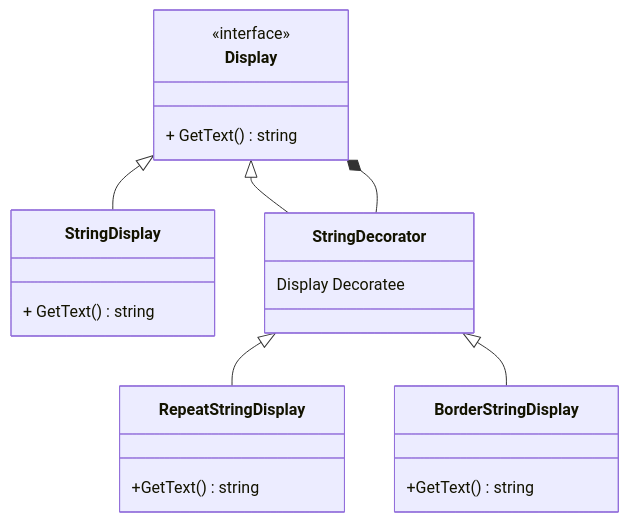
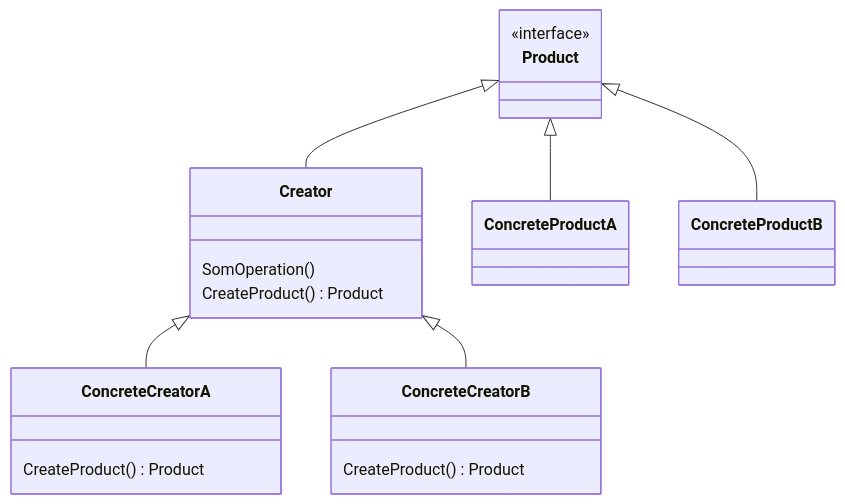
One commit to tungphan94/DesignPattern changed the diagram in CreationalPatterns/Factory/README.md. Above: the diagram before and after it, drawn with Mermaid. The commit also changed other lines of this file, not shown here.

````diff
--- a/CreationalPatterns/Factory/README.md
+++ b/CreationalPatterns/Factory/README.md
@@ -39,15 +5,16 @@
 ```mermaid
 classDiagram
-class Display
-<<interface>> Display
-Display  <|-- StringDisplay
-Display  <|-- StringDecorator
-Display  *-- StringDecorator
-Display : + GetText()　string
-StringDisplay : + GetText()　string
-StringDecorator: Display Decoratee
-StringDecorator <|-- RepeatStringDisplay
-StringDecorator <|-- BorderStringDisplay
-RepeatStringDisplay: +GetText()　string
-BorderStringDisplay: +GetText()　string
+class Creator
+Creator: SomOperation()
+Creator: CreateProduct() Product
+class Product
+class Creator
+<<interface>> Product
+Product  <|-- Creator
+Creator  <|-- ConcreteCreatorA
+Creator  <|-- ConcreteCreatorB
+Product  <|-- ConcreteProductA
+Product  <|-- ConcreteProductB
+ConcreteCreatorA : CreateProduct() Product
+ConcreteCreatorB : CreateProduct() Product
 ```
````
